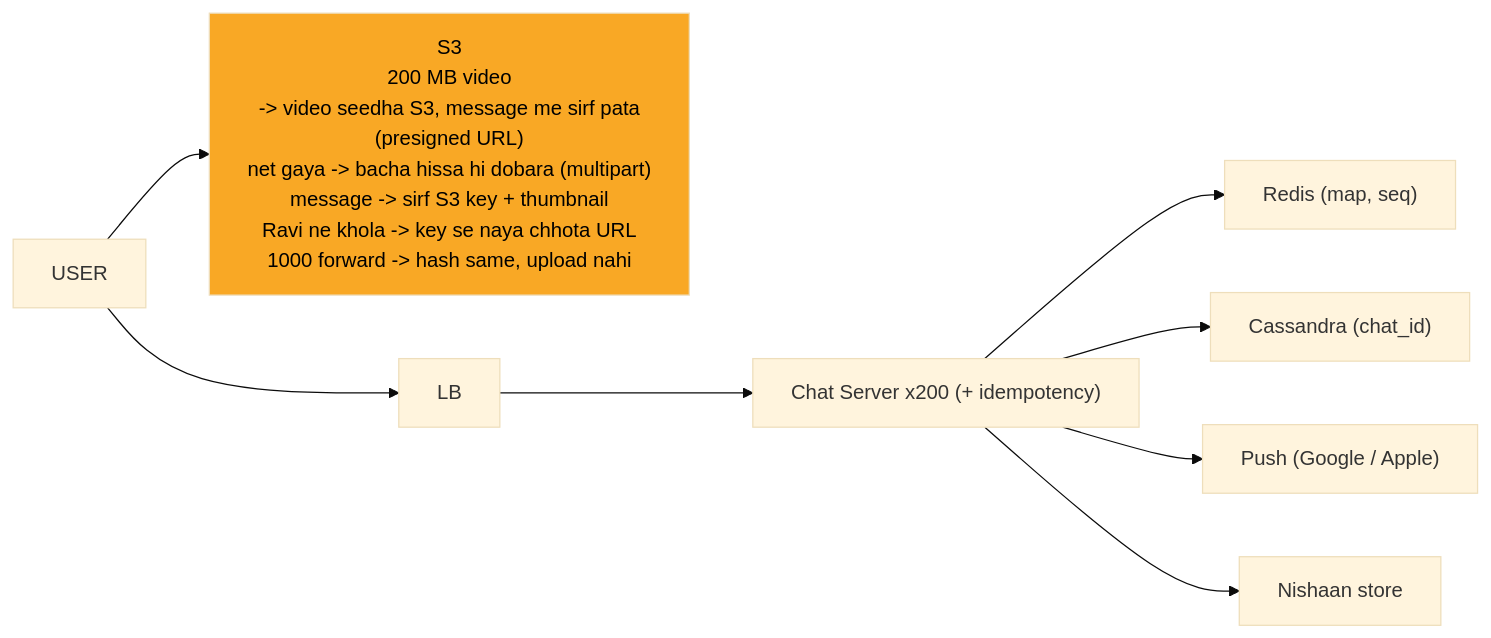
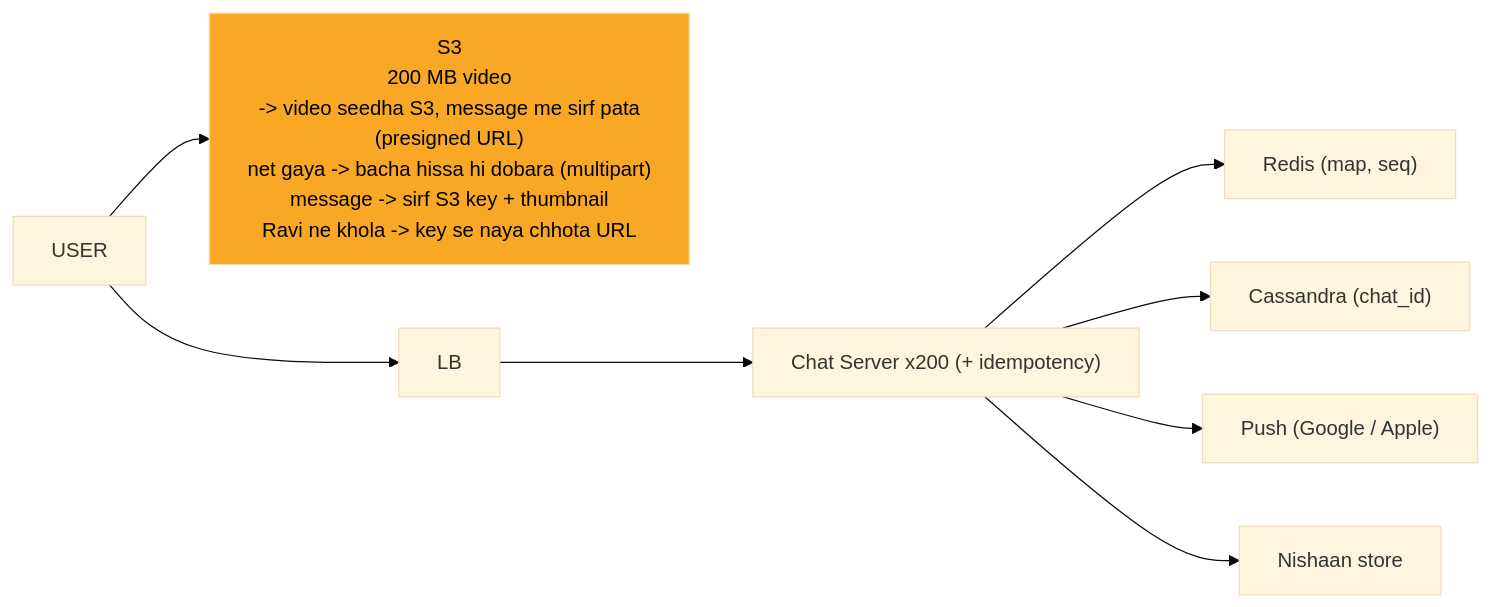
The tenth of 12 diagrams in 04_HLD/SYSTEM_DESIGNS/14_chat_messaging/14_chat_messaging.md (ArpanMaheshwari144/Prep), drawn with Mermaid (base theme) before and after one commit. The commit also changed other lines of this file and 13 other files, not shown here.

````diff
--- a/04_HLD/SYSTEM_DESIGNS/14_chat_messaging/14_chat_messaging.md
+++ b/04_HLD/SYSTEM_DESIGNS/14_chat_messaging/14_chat_messaging.md
@@ -434,20 +434,20 @@
 ```mermaid
 %%{init: {"flowchart": {"wrappingWidth": 450}}}%%
 flowchart LR
-    n_S3["S3<br/>200 MB video<br/>-> video seedha S3, message me sirf pata<br/>(presigned URL)<br/>net gaya -> bacha hissa hi dobara (multipart)<br/>message -> sirf S3 key + thumbnail<br/>Ravi ne khola -> key se naya chhota URL<br/>1000 forward -> hash same, upload nahi"]
+    n_S3["S3<br/>200 MB video<br/>-> video seedha S3, message me sirf pata<br/>(presigned URL)<br/>net gaya -> bacha hissa hi dobara (multipart)<br/>message -> sirf S3 key + thumbnail<br/>Ravi ne khola -> key se naya chhota URL"]
     n_U["USER"]
     n_LB["LB"]
     n_CS["Chat Server x200 (+ idempotency)"]
     n_R["Redis (map, seq)"]
     n_CA["Cassandra (chat_id)"]
     n_P["Push (Google / Apple)"]
     n_NS["Nishaan store"]
     n_U --> n_S3
     n_U --> n_LB
     n_LB --> n_CS
     n_CS --> n_R
     n_CS --> n_CA
     n_CS --> n_P
     n_CS --> n_NS
     style n_S3 fill:#f9a825,color:#000
 ```
````
